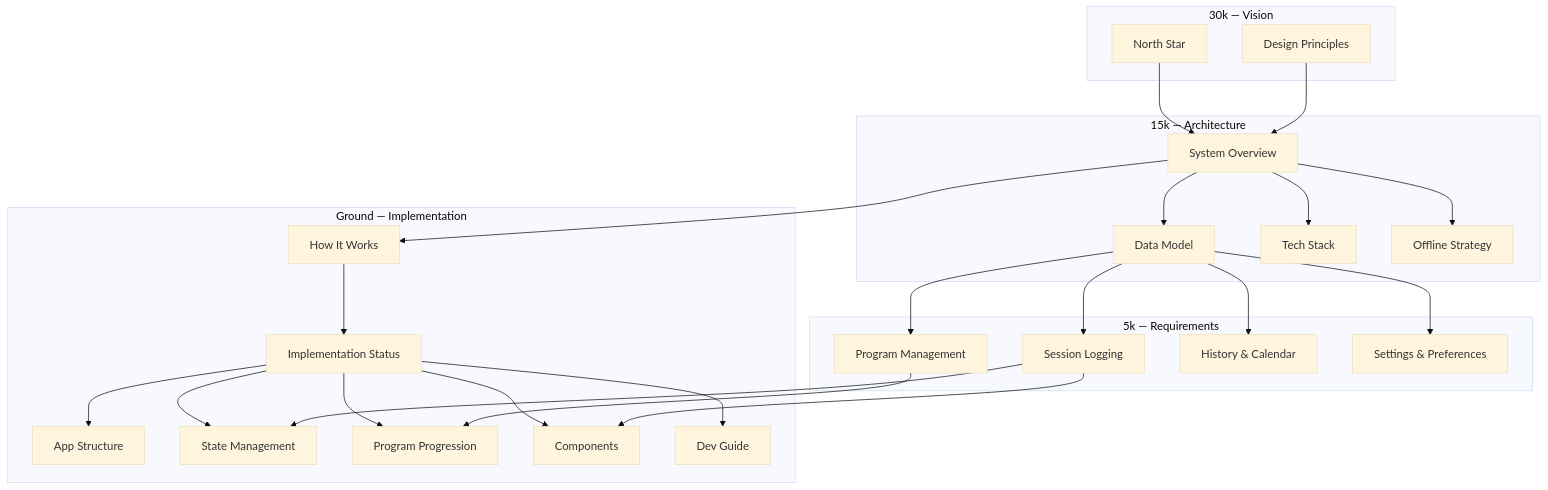
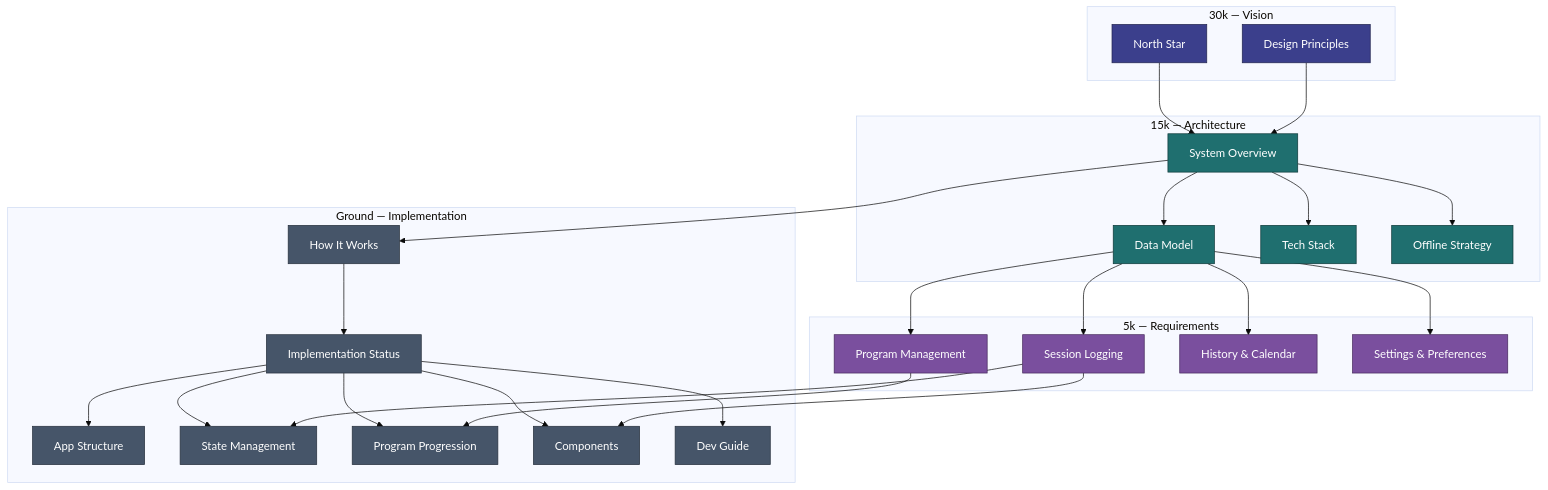
One commit to jermbo/CosmicWorkOut changed the diagram in docs/README.md. Above: the diagram before and after it, drawn with Mermaid (base theme). The commit also changed other lines of this file and 132 other files, not shown here.

````diff
--- a/docs/README.md
+++ b/docs/README.md
@@ -20,41 +22,50 @@
 ```mermaid
 flowchart TB
     subgraph vision ["30k — Vision"]
         NS[North Star]
         DP[Design Principles]
     end
 
     subgraph arch ["15k — Architecture"]
         SO[System Overview]
         DM[Data Model]
         TS[Tech Stack]
         OS[Offline Strategy]
     end
 
     subgraph req ["5k — Requirements"]
         PM[Program Management]
         SL[Session Logging]
         HC[History & Calendar]
         SP[Settings & Preferences]
     end
 
     subgraph impl ["Ground — Implementation"]
         HW[How It Works]
         ST[Implementation Status]
         AS[App Structure]
         SM[State Management]
         PP[Program Progression]
         CO[Components]
         DG[Dev Guide]
     end
 
     NS --> SO
     DP --> SO
     SO --> DM & TS & OS
     DM --> PM & SL & HC & SP
     SO --> HW
     HW --> ST
     ST --> AS & SM & PP & CO & DG
     PM --> PP
     SL --> SM & CO
+
+    classDef vision fill:#3b3f8c,stroke:#23264f,color:#ffffff;
+    classDef arch fill:#1f6f6f,stroke:#0f3a3a,color:#ffffff;
+    classDef req fill:#7a4f9e,stroke:#46295c,color:#ffffff;
+    classDef impl fill:#465569,stroke:#28313e,color:#ffffff;
+    class NS,DP vision;
+    class SO,DM,TS,OS arch;
+    class PM,SL,HC,SP req;
+    class HW,ST,AS,SM,PP,CO,DG impl;
 ```
````
